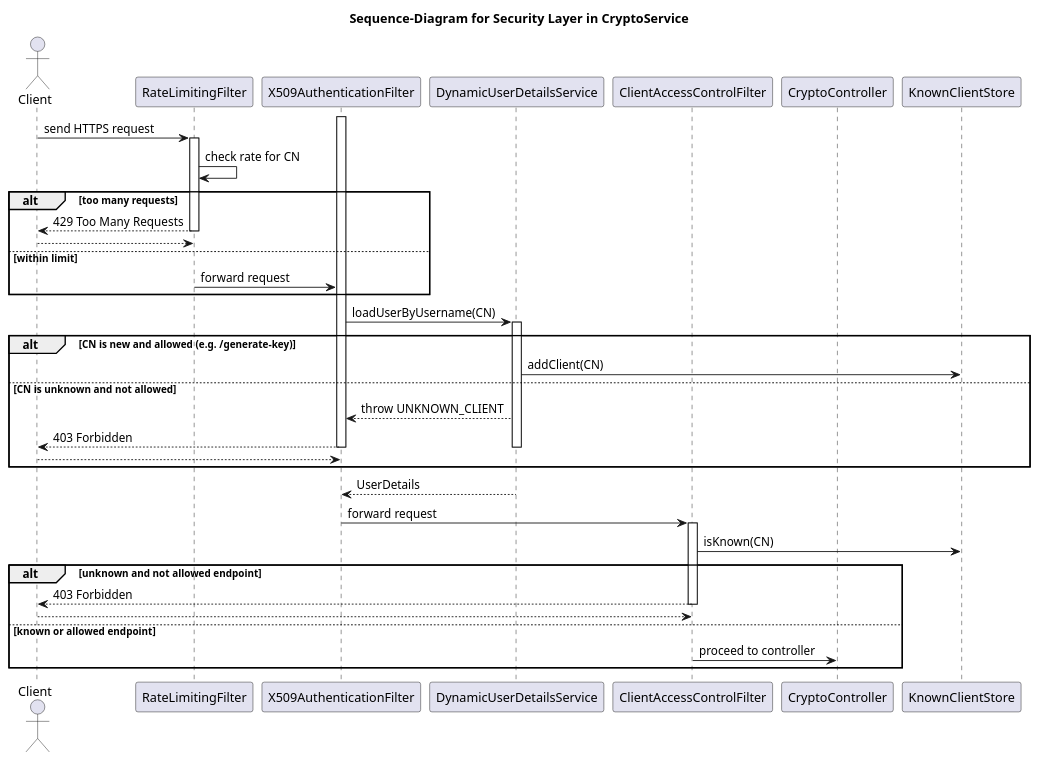
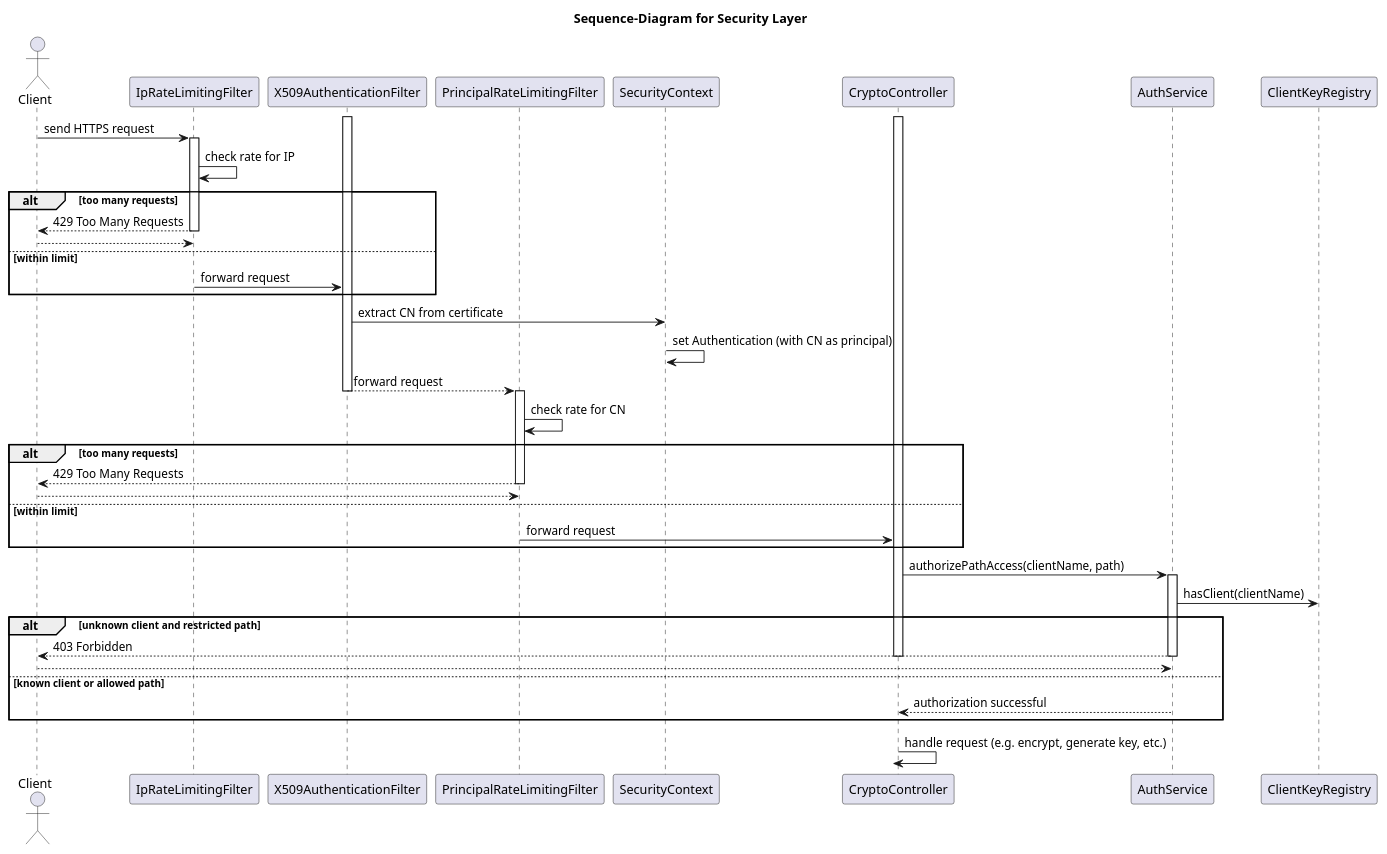
The diagram in documentation/cryptoservice/uml/sequence-diagramm/exact/sequence-diagram-security-layer.puml (Marcey1611/Crypto-Microservice), drawn with PlantUML before and after one commit. The commit also changed 17 other files, not shown here.

Commit message:
added and updated sequence diagrams

```diff
--- a/documentation/cryptoservice/uml/sequence-diagramm/exact/sequence-diagram-security-layer.puml
+++ b/documentation/cryptoservice/uml/sequence-diagramm/exact/sequence-diagram-security-layer.puml
@@ -1,55 +1,60 @@
 @startuml
 
-title Sequence-Diagram for Security Layer in CryptoService
+title Sequence-Diagram for Security Layer
 
 actor Client
-participant RateLimitingFilter
+participant IpRateLimitingFilter
 participant X509AuthenticationFilter
-participant DynamicUserDetailsService
-participant ClientAccessControlFilter
+participant PrincipalRateLimitingFilter
+participant SecurityContext
 participant CryptoController
+participant AuthService
+participant ClientKeyRegistry
 
-Client -> RateLimitingFilter : send HTTPS request
-activate RateLimitingFilter
-RateLimitingFilter -> RateLimitingFilter : check rate for CN
+Client -> IpRateLimitingFilter : send HTTPS request
+activate IpRateLimitingFilter
+IpRateLimitingFilter -> IpRateLimitingFilter : check rate for IP
 alt too many requests
-    RateLimitingFilter --> Client : 429 Too Many Requests
-    deactivate RateLimitingFilter
+    IpRateLimitingFilter --> Client : 429 Too Many Requests
+    deactivate IpRateLimitingFilter
     return
 else within limit
-    RateLimitingFilter -> X509AuthenticationFilter : forward request
-    deactivate RateLimitingFilter
+    IpRateLimitingFilter -> X509AuthenticationFilter : forward request
+    deactivate IpRateLimitingFilter
 end
 
 activate X509AuthenticationFilter
-X509AuthenticationFilter -> DynamicUserDetailsService : loadUserByUsername(CN)
-activate DynamicUserDetailsService
+X509AuthenticationFilter -> SecurityContext : extract CN from certificate
+SecurityContext -> SecurityContext : set Authentication (with CN as principal)
+X509AuthenticationFilter --> PrincipalRateLimitingFilter : forward request
+deactivate X509AuthenticationFilter
 
-alt CN is new and allowed (e.g. /generate-key)
-    DynamicUserDetailsService -> KnownClientStore : addClient(CN)
-else CN is unknown and not allowed
-    DynamicUserDetailsService --> X509AuthenticationFilter : throw UNKNOWN_CLIENT
-    X509AuthenticationFilter --> Client : 403 Forbidden
-    deactivate DynamicUserDetailsService
-    deactivate X509AuthenticationFilter
+activate PrincipalRateLimitingFilter
+PrincipalRateLimitingFilter -> PrincipalRateLimitingFilter : check rate for CN
+alt too many requests
+    PrincipalRateLimitingFilter --> Client : 429 Too Many Requests
+    deactivate PrincipalRateLimitingFilter
     return
+else within limit
+    PrincipalRateLimitingFilter -> CryptoController : forward request
+    deactivate PrincipalRateLimitingFilter
 end
 
-DynamicUserDetailsService --> X509AuthenticationFilter : UserDetails
-deactivate DynamicUserDetailsService
-deactivate X509AuthenticationFilter
+activate CryptoController
+CryptoController -> AuthService : authorizePathAccess(clientName, path)
+activate AuthService
+AuthService -> ClientKeyRegistry : hasClient(clientName)
+alt unknown client and restricted path
+    AuthService --> Client : 403 Forbidden
+    deactivate AuthService
+    deactivate CryptoController
+    return
+else known client or allowed path
+    AuthService --> CryptoController : authorization successful
+end
+deactivate AuthService
 
-X509AuthenticationFilter -> ClientAccessControlFilter : forward request
-activate ClientAccessControlFilter
-ClientAccessControlFilter -> KnownClientStore : isKnown(CN)
-
-alt unknown and not allowed endpoint
-    ClientAccessControlFilter --> Client : 403 Forbidden
-    deactivate ClientAccessControlFilter
-    return
-else known or allowed endpoint
-    ClientAccessControlFilter -> CryptoController : proceed to controller
-    deactivate ClientAccessControlFilter
-end
+CryptoController -> CryptoController : handle request (e.g. encrypt, generate key, etc.)
+deactivate CryptoController
 
 @enduml
```
